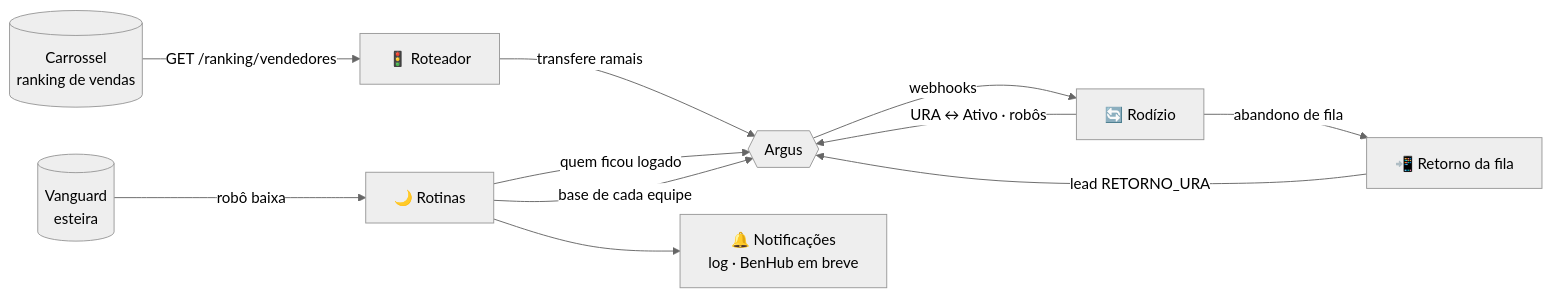
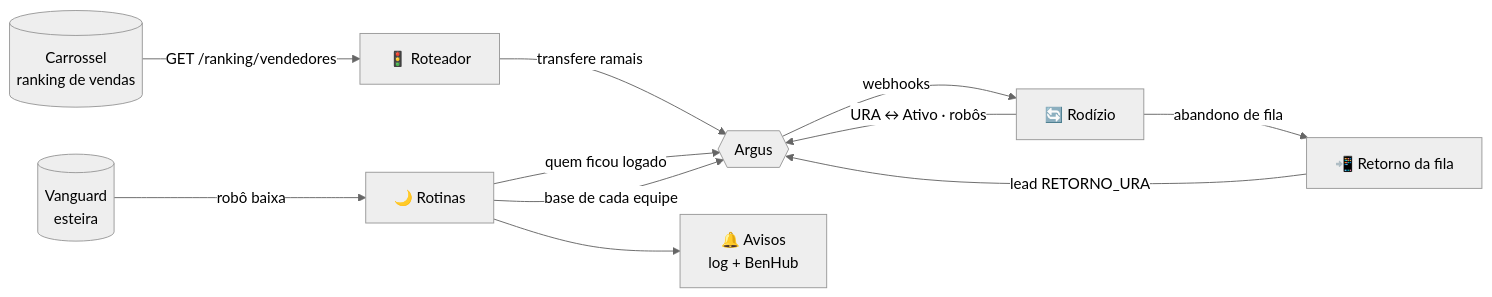
Before and after one commit to nanzinx/Benura: the first of 3 diagrams in README.md, drawn with Mermaid (neutral theme). The commit also changed other lines of this file and 8 other files, not shown here.

First line of the commit message:
Avisos no BenHub (chat interno)

````diff
--- a/README.md
+++ b/README.md
@@ -51,13 +52,13 @@
 ```mermaid
 flowchart LR
     C[(Carrossel<br>ranking de vendas)] -->|GET /ranking/vendedores| R[🚦 Roteador]
     R -->|transfere ramais| A{{Argus}}
     A -->|webhooks| Z[🔄 Rodízio]
     Z -->|URA ↔ Ativo · robôs| A
     Z -->|abandono de fila| F[📲 Retorno da fila]
     F -->|lead RETORNO_URA| A
     T[🌙 Rotinas] -->|quem ficou logado| A
-    T --> N[🔔 Notificações<br>log · BenHub em breve]
+    T --> N[🔔 Avisos<br>log + BenHub]
     V[(Vanguard<br>esteira)] -->|robô baixa| T
     T -->|base de cada equipe| A
 ```
````
